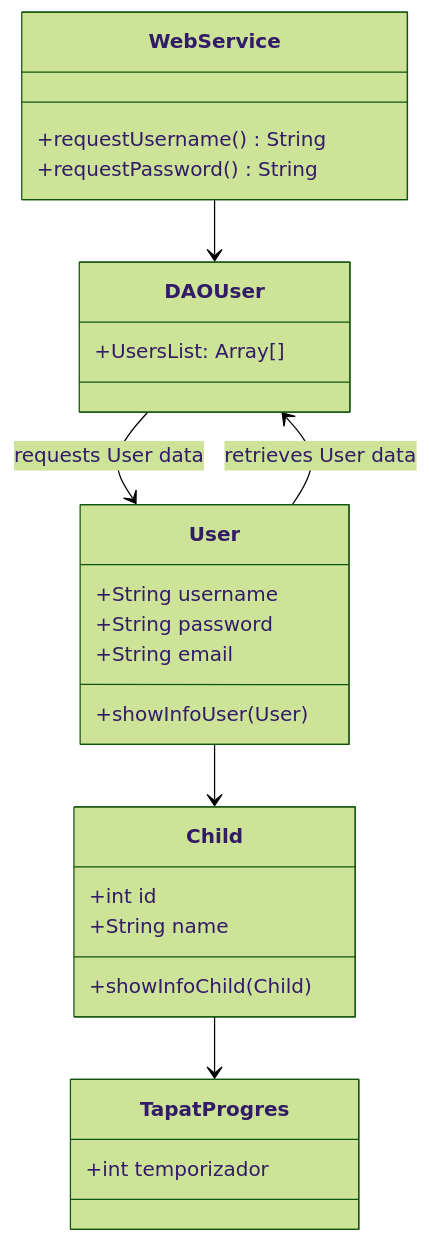
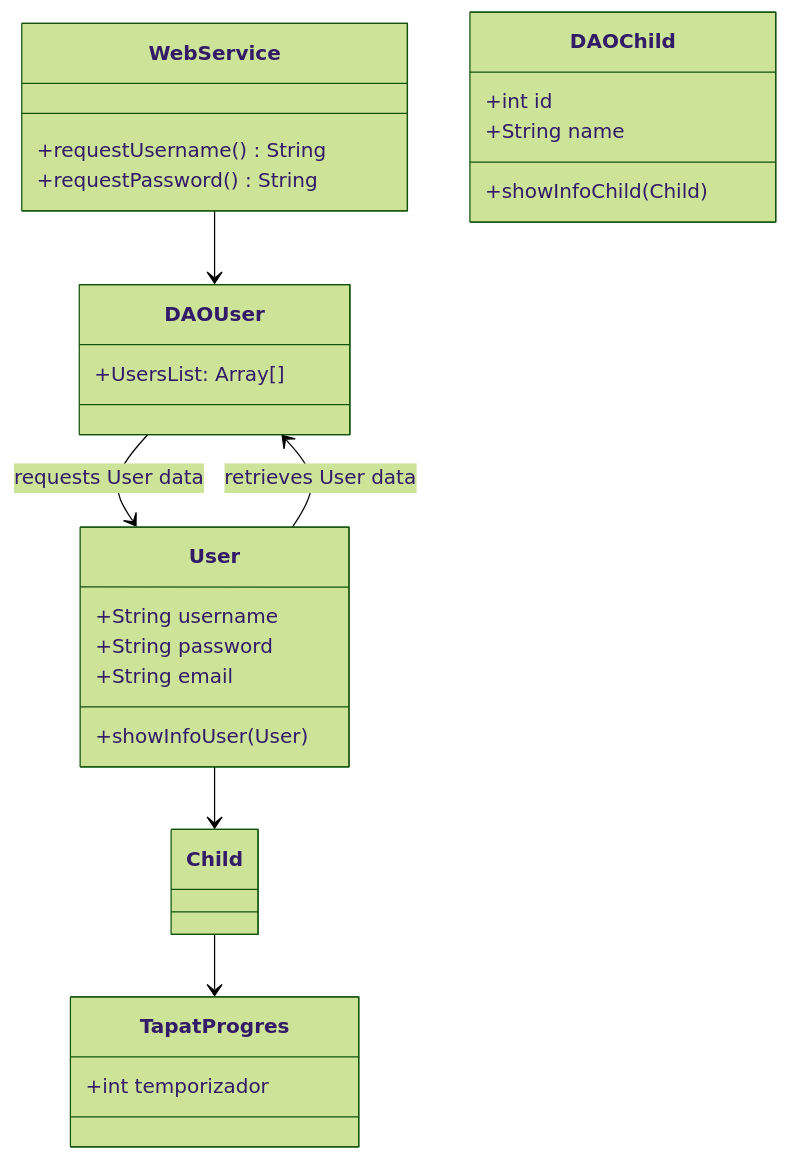
One commit to hhosp/TapatApp changed the diagram in Prototip2/P2BackEndClases.mermaid. Above: the diagram before and after it, drawn with Mermaid (forest theme).

```diff
--- a/Prototip2/P2BackEndClases.mermaid
+++ b/Prototip2/P2BackEndClases.mermaid
@@ -1,27 +1,27 @@
 classDiagram
 class WebService {
     +requestUsername() String
     +requestPassword() String
 }
 class DAOUser {
     +UsersList: Array<User>[]
 }
 class User {
     +String username
     +String password
     +String email
     +showInfoUser(User)
 }
-class Child {
+class DAOChild {
     +int id
     +String name
     +showInfoChild(Child)
 }
 class TapatProgres {
     +int temporizador
 }
 WebService --> DAOUser
 DAOUser --> User: requests User data
 User --> DAOUser: retrieves User data
 User --> Child
 Child --> TapatProgres
```
